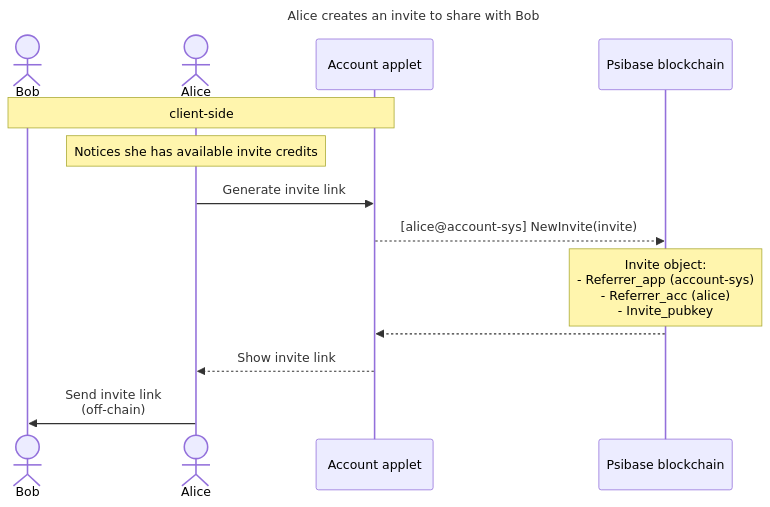
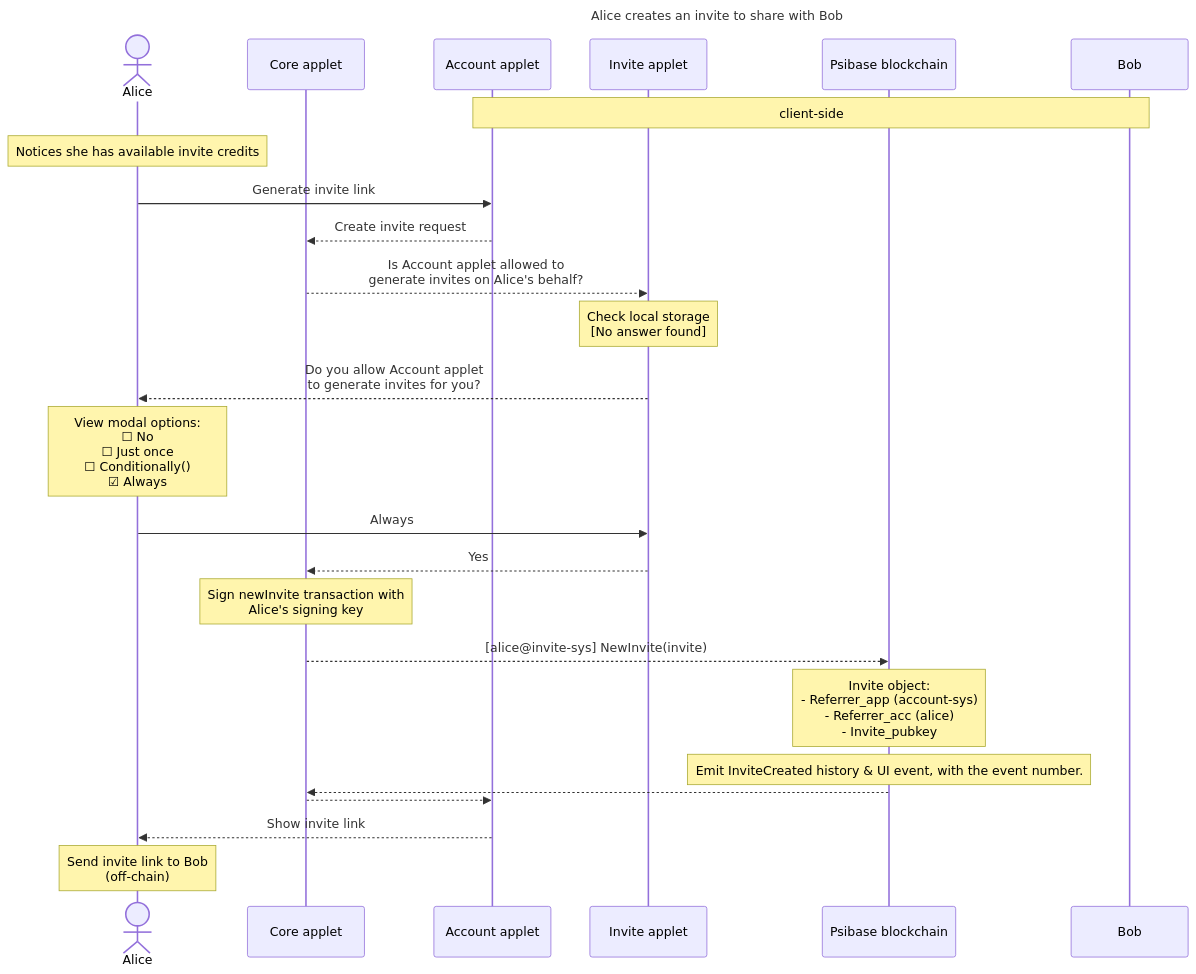
The first of 2 diagrams in doc/diagrams/invite-new-user.md (gofractally/psibase), drawn with Mermaid before and after one commit. The commit also changed other lines of this file, not shown here.

Commit message:
updates to invite flow

````diff
--- a/doc/diagrams/invite-new-user.md
+++ b/doc/diagrams/invite-new-user.md
@@ -1,20 +1,31 @@
 ```mermaid
 
 sequenceDiagram
 
    title Alice creates an invite to share with Bob
-   actor Bob
    actor Alice
+   participant Core applet
    participant Account applet
+   participant Invite applet
    participant Psibase blockchain
 
    note over Bob, Account applet: client-side
 
    note over Alice: Notices she has available invite credits
    Alice->>Account applet: Generate invite link
-   Account applet-->>Psibase blockchain: [alice@account-sys] NewInvite(invite)
+   Account applet-->>Core applet: Create invite request
+   Core applet-->>Invite applet: Is Account applet allowed to <br>generate invites on Alice's behalf?
+   Note over Invite applet: Check local storage<br>[No answer found]
+   Invite applet-->>Alice: Do you allow Account applet<br> to generate invites for you?
+   Note over Alice: View modal options: <br> #9744; No <br> #9744; Just once <br> #9744; Conditionally() <br> #9745; Always
+   Alice->>Invite applet: Always
+   Invite applet-->>Core applet: Yes
+   Note over Core applet: Sign newInvite transaction with <br>Alice's signing key 
+   Core applet-->>Psibase blockchain: [alice@invite-sys] NewInvite(invite)
    Note over Psibase blockchain: Invite object: <br>  - Referrer_app (account-sys)<br>  - Referrer_acc (alice)<br>  - Invite_pubkey
-   Psibase blockchain-->>Account applet: 
+   Note over Psibase blockchain: Emit InviteCreated history & UI event, with the event number.
+   Psibase blockchain-->>Core applet: 
+   Core applet-->>Account applet: 
    Account applet-->>Alice: Show invite link
-   Alice->>Bob: Send invite link <br>(off-chain)
+   Note over Alice: Send invite link to Bob<br>(off-chain)
 ```
````
